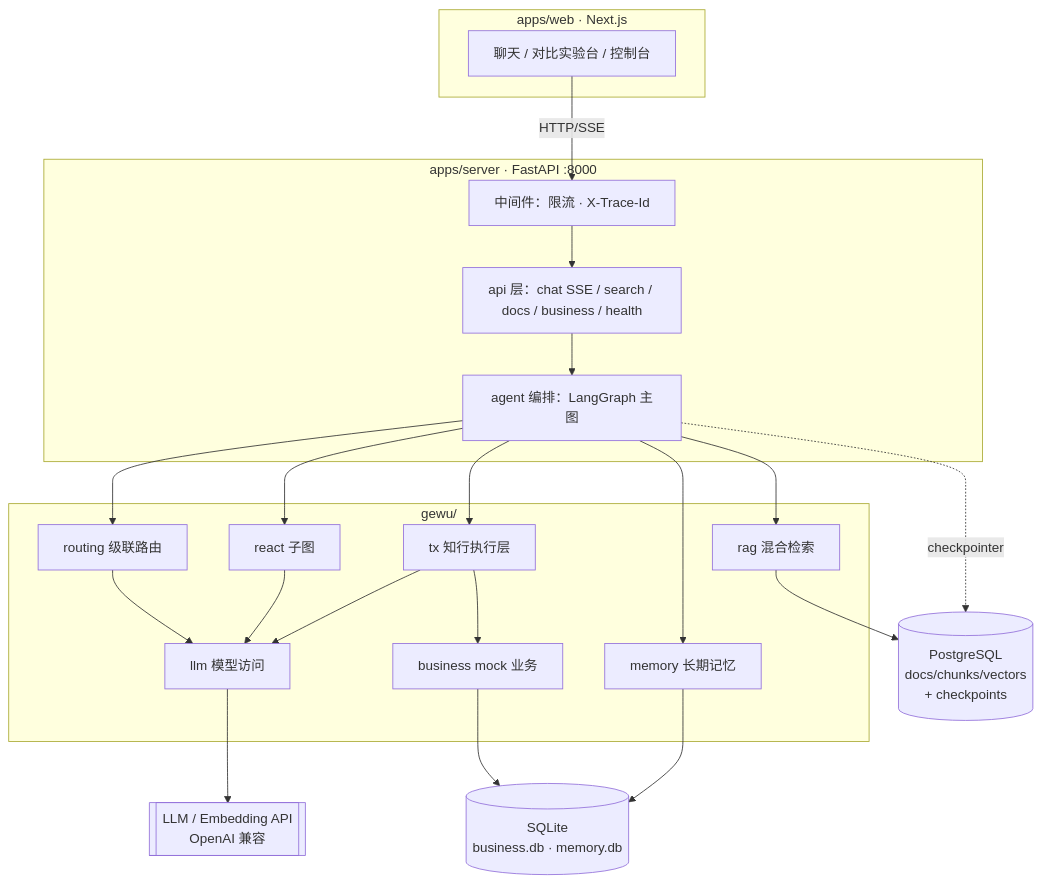
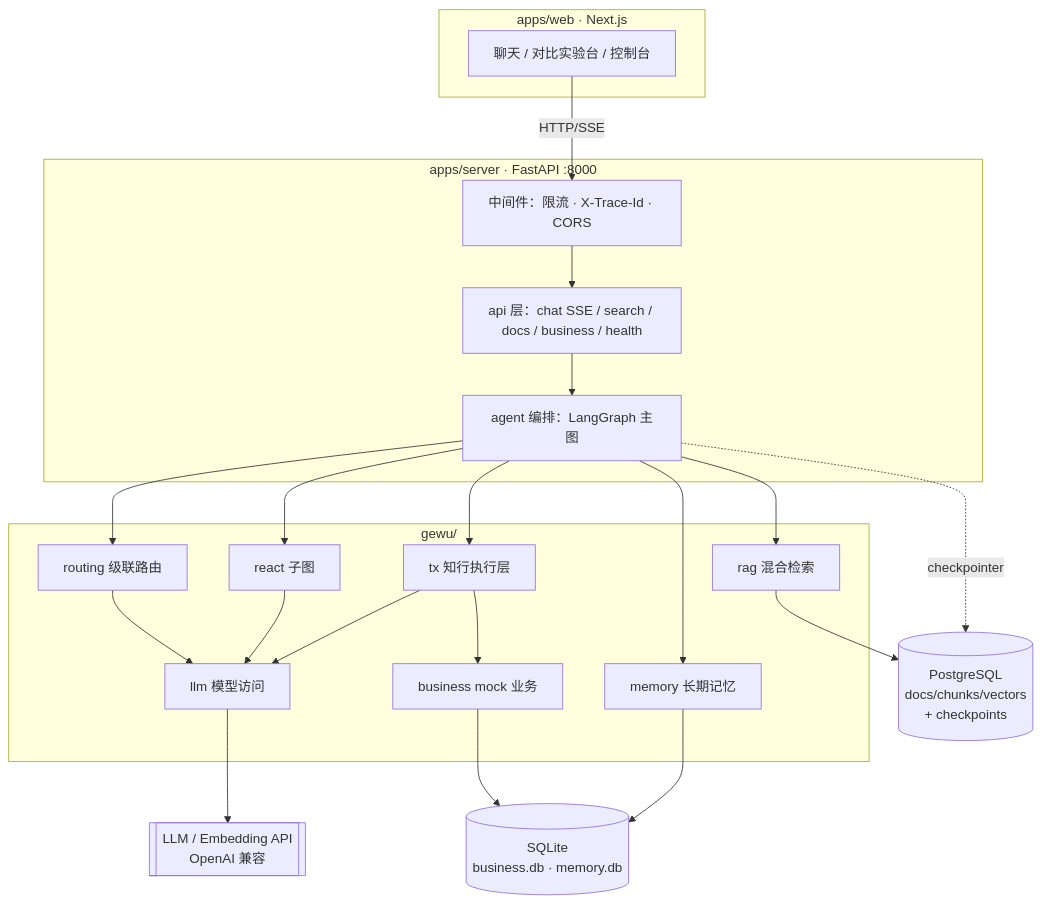
The diagram in docs/architecture/01-overview.md (Thekshy/gewu), drawn with Mermaid before and after one commit. The commit also changed other lines of this file and 32 other files, not shown here.

````diff
--- a/docs/architecture/01-overview.md
+++ b/docs/architecture/01-overview.md
@@ -21,31 +44,31 @@
 ```mermaid
 flowchart TB
     subgraph Web[apps/web · Next.js]
         UI[聊天 / 对比实验台 / 控制台]
     end
     subgraph Server[apps/server · FastAPI :8000]
-        MW[中间件：限流 · X-Trace-Id]
+        MW[中间件：限流 · X-Trace-Id · CORS]
         API[api 层：chat SSE / search / docs / business / health]
         GRAPH[agent 编排：LangGraph 主图]
     end
     subgraph Domains[gewu/]
         ROUTE[routing 级联路由]
         RAG[rag 混合检索]
         REACT[react 子图]
         TX[tx 知行执行层]
         LLM[llm 模型访问]
         BIZ[business mock 业务]
         MEM[memory 长期记忆]
     end
     PG[(PostgreSQL<br/>docs/chunks/vectors<br/>+ checkpoints)]
     SQ[(SQLite<br/>business.db · memory.db)]
     EXT[[LLM / Embedding API<br/>OpenAI 兼容]]
 
     UI -->|HTTP/SSE| MW --> API --> GRAPH
     GRAPH --> ROUTE & REACT & TX & MEM
     ROUTE & REACT & TX --> LLM --> EXT
     GRAPH --> RAG --> PG
     GRAPH -.checkpointer.-> PG
     TX --> BIZ --> SQ
     MEM --> SQ
 ```
````
